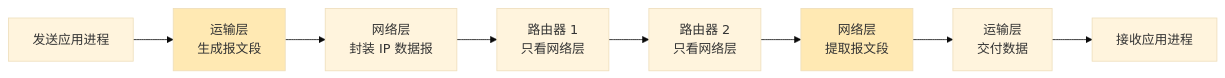
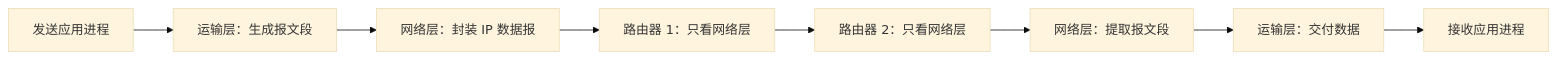
One commit to Meer-Matze/Meer-Matze.github.io changed the first of 28 diagrams in src/content/posts/运输层.md. Above: the diagram before and after it, drawn with Mermaid (base theme). The commit also changed other lines of this file and 1 other file, not shown here.

````diff
--- a/src/content/posts/运输层.md
+++ b/src/content/posts/运输层.md
@@ -43,13 +46,10 @@
 ```mermaid
 flowchart LR
-    A["发送应用进程"] --> B["运输层<br/>生成报文段"]
-    B --> C["网络层<br/>封装 IP 数据报"]
-    C --> D["路由器 1<br/>只看网络层"]
-    D --> E["路由器 2<br/>只看网络层"]
-    E --> F["网络层<br/>提取报文段"]
-    F --> G["运输层<br/>交付数据"]
+    A["发送应用进程"] --> B["运输层：生成报文段"]
+    B --> C["网络层：封装 IP 数据报"]
+    C --> D["路由器 1：只看网络层"]
+    D --> E["路由器 2：只看网络层"]
+    E --> F["网络层：提取报文段"]
+    F --> G["运输层：交付数据"]
     G --> H["接收应用进程"]
-
-    style B fill:#ffe9b3
-    style F fill:#ffe9b3
 ```
````
